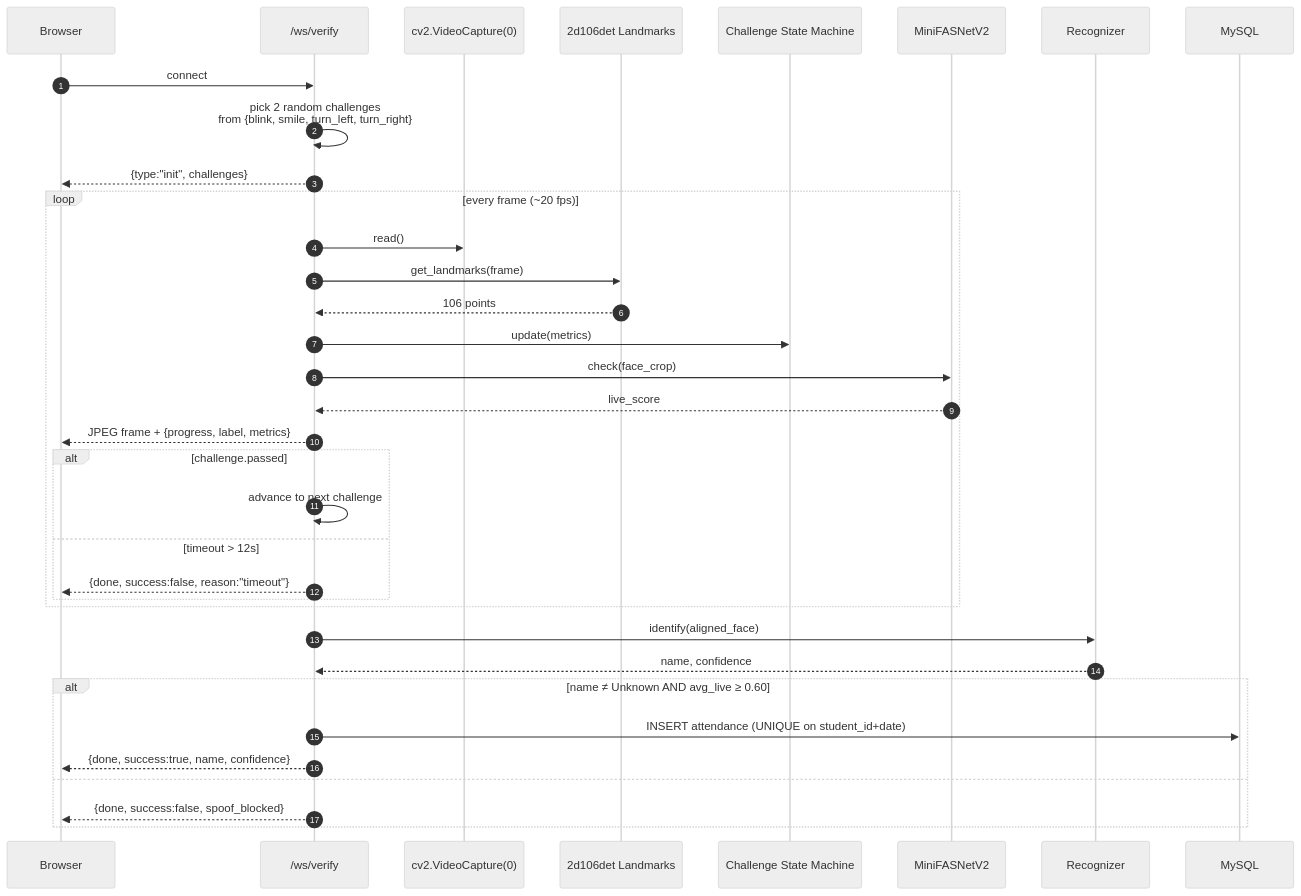
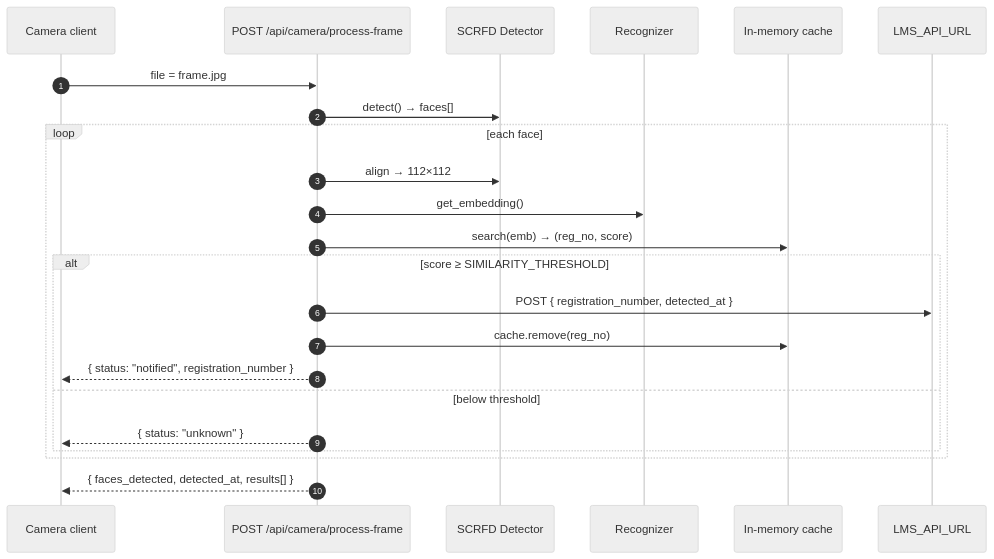
One commit to AI-SATA-Technologies/AI-Pipeline-Engineer changed the third of 4 diagrams in README.md. Above: the diagram before and after it, drawn with Mermaid (neutral theme). The commit also changed other lines of this file, not shown here.

First line of the commit message:
docs: rewrite README to match current LMS-only API backend

````diff
--- a/README.md
+++ b/README.md
@@ -171,38 +185,26 @@
 ```mermaid
 sequenceDiagram
     autonumber
-    participant U as Browser
-    participant WS as /ws/verify
-    participant CAM as cv2.VideoCapture(0)
-    participant LM as 2d106det Landmarks
-    participant CH as Challenge State Machine
-    participant LIV as MiniFASNetV2
+    participant CAM as Camera client
+    participant API as POST /api/camera/process-frame
+    participant DET as SCRFD Detector
     participant REC as Recognizer
-    participant DB as MySQL
+    participant C as In-memory cache
+    participant LMS as LMS_API_URL
 
-    U->>WS: connect
-    WS->>WS: pick 2 random challenges<br/>from {blink, smile, turn_left, turn_right}
-    WS-->>U: {type:"init", challenges}
-    loop every frame (~20 fps)
-        WS->>CAM: read()
-        WS->>LM: get_landmarks(frame)
-        LM-->>WS: 106 points
-        WS->>CH: update(metrics)
-        WS->>LIV: check(face_crop)
-        LIV-->>WS: live_score
-        WS-->>U: JPEG frame + {progress, label, metrics}
-        alt challenge.passed
-            WS->>WS: advance to next challenge
-        else timeout > 12s
-            WS-->>U: {done, success:false, reason:"timeout"}
+    CAM->>API: file = frame.jpg
+    API->>DET: detect() → faces[]
+    loop each face
+        API->>DET: align → 112×112
+        API->>REC: get_embedding()
+        API->>C: search(emb) → (reg_no, score)
+        alt score ≥ SIMILARITY_THRESHOLD
+            API->>LMS: POST { registration_number, detected_at }
+            API->>C: cache.remove(reg_no)
+            API-->>CAM: { status: "notified", registration_number }
+        else below threshold
+            API-->>CAM: { status: "unknown" }
         end
     end
-    WS->>REC: identify(aligned_face)
-    REC-->>WS: name, confidence
-    alt name ≠ Unknown AND avg_live ≥ 0.60
-        WS->>DB: INSERT attendance (UNIQUE on student_id+date)
-        WS-->>U: {done, success:true, name, confidence}
-    else
-        WS-->>U: {done, success:false, spoof_blocked}
-    end
+    API-->>CAM: { faces_detected, detected_at, results[] }
 ```
````
